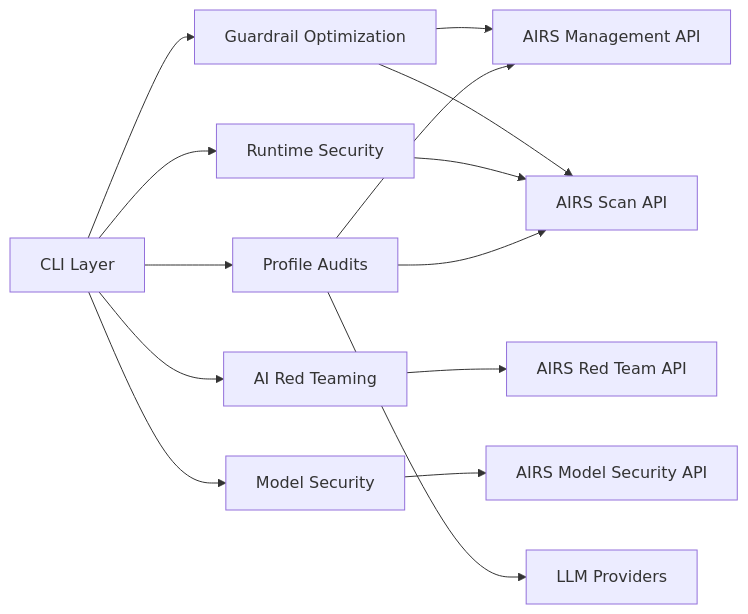
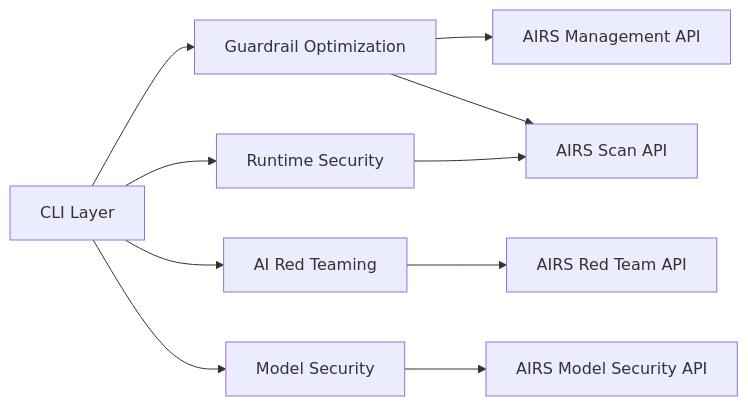
One commit to cdot65/prisma-airs-cli changed the first of 3 diagrams in docs-site/docs/architecture/overview.md. Above: the diagram before and after it, drawn with Mermaid. The commit also changed other lines of this file and 136 other files, not shown here.

First line of the commit message:
feat(cli)!: remove external-LLM functionality (audit command + provider layer) (#258)

````diff
--- a/docs-site/docs/architecture/overview.md
+++ b/docs-site/docs/architecture/overview.md
@@ -23,17 +21,13 @@
 ```mermaid
 graph LR
     CLI[CLI Layer] --> GEN[Guardrail Optimization]
     CLI --> RT[Runtime Security]
     CLI --> RED[AI Red Teaming]
     CLI --> MS[Model Security]
-    CLI --> AUD[Profile Audits]
 
     GEN --> AIRS_MGMT[AIRS Management API]
     GEN --> AIRS_SCAN[AIRS Scan API]
     RT --> AIRS_SCAN
     RED --> AIRS_RED[AIRS Red Team API]
     MS --> AIRS_MS[AIRS Model Security API]
-    AUD --> AIRS_SCAN
-    AUD --> AIRS_MGMT
-    AUD --> LLM[LLM Providers]
 ```
````
